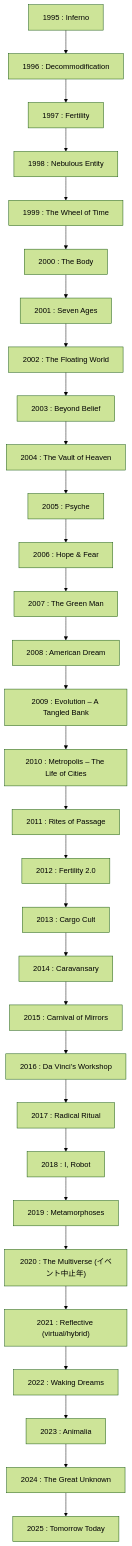
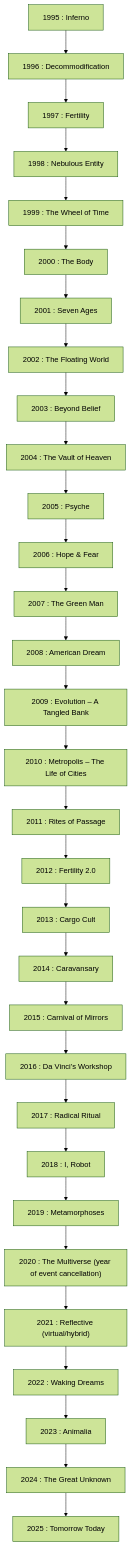
The diagram in en/_posts/2025-09-28-Column-Burningman.md (monumental-movement/monumental-movement.github.io), drawn with Mermaid (forest theme) before and after one commit. The commit also changed 152 other files, not shown here.

```diff
--- a/en/_posts/2025-09-28-Column-Burningman.md
+++ b/en/_posts/2025-09-28-Column-Burningman.md
@@ -122,34 +122,34 @@
 <div class="mermaid">
 flowchart TD
     A1995["1995 : Inferno"] --> A1996["1996 : Decommodification"]
     A1996 --> A1997["1997 : Fertility"]
     A1997 --> A1998["1998 : Nebulous Entity"]
     A1998 --> A1999["1999 : The Wheel of Time"]
     A1999 --> A2000["2000 : The Body"]
     A2000 --> A2001["2001 : Seven Ages"]
     A2001 --> A2002["2002 : The Floating World"]
     A2002 --> A2003["2003 : Beyond Belief"]
     A2003 --> A2004["2004 : The Vault of Heaven"]
     A2004 --> A2005["2005 : Psyche"]
     A2005 --> A2006["2006 : Hope & Fear"]
     A2006 --> A2007["2007 : The Green Man"]
     A2007 --> A2008["2008 : American Dream"]
     A2008 --> A2009["2009 : Evolution – A Tangled Bank"]
     A2009 --> A2010["2010 : Metropolis – The Life of Cities"]
     A2010 --> A2011["2011 : Rites of Passage"]
     A2011 --> A2012["2012 : Fertility 2.0"]
     A2012 --> A2013["2013 : Cargo Cult"]
     A2013 --> A2014["2014 : Caravansary"]
     A2014 --> A2015["2015 : Carnival of Mirrors"]
     A2015 --> A2016["2016 : Da Vinci’s Workshop"]
     A2016 --> A2017["2017 : Radical Ritual"]
     A2017 --> A2018["2018 : I, Robot"]
     A2018 --> A2019["2019 : Metamorphoses"]
-    A2019 --> A2020["2020 : The Multiverse (イベント中止年)"]
+    A2019 --> A2020["2020 : The Multiverse (year of event cancellation)"]
     A2020 --> A2021["2021 : Reflective (virtual/hybrid)"]
     A2021 --> A2022["2022 : Waking Dreams"]
     A2022 --> A2023["2023 : Animalia"]
     A2023 --> A2024["2024 : The Great Unknown"]
     A2024 --> A2025["2025 : Tomorrow Today"]
 
 </div>
```
